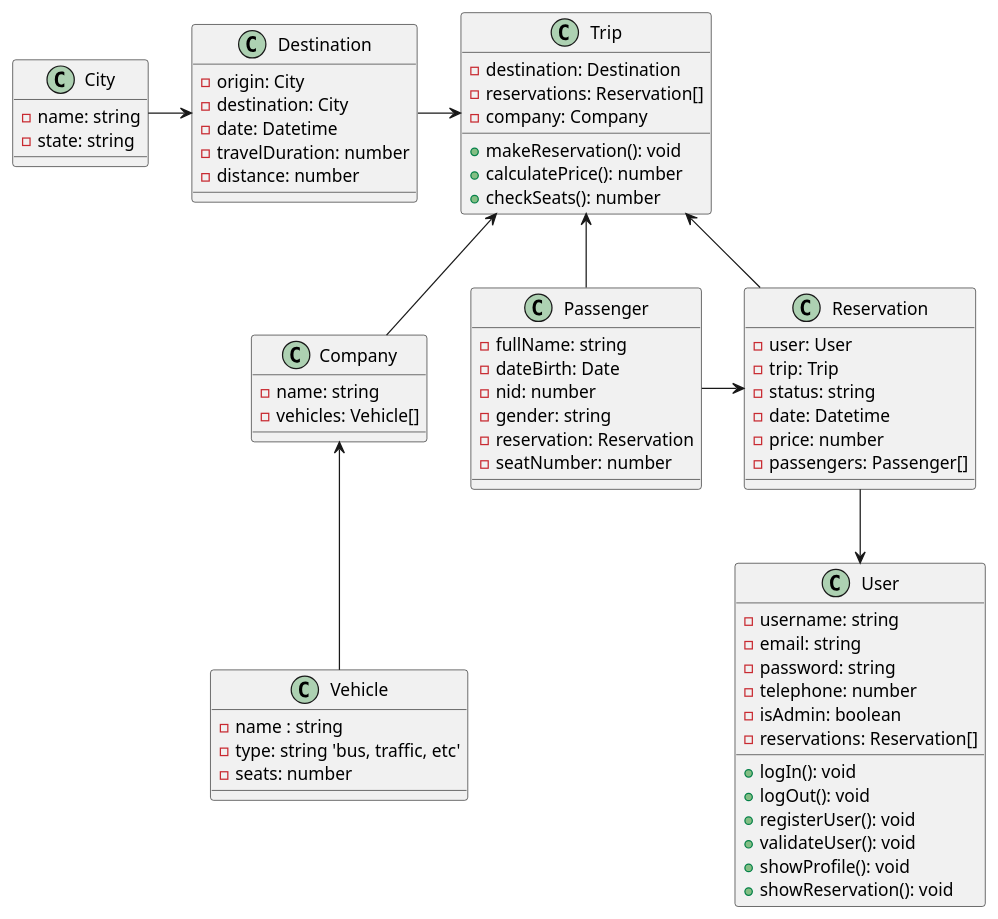
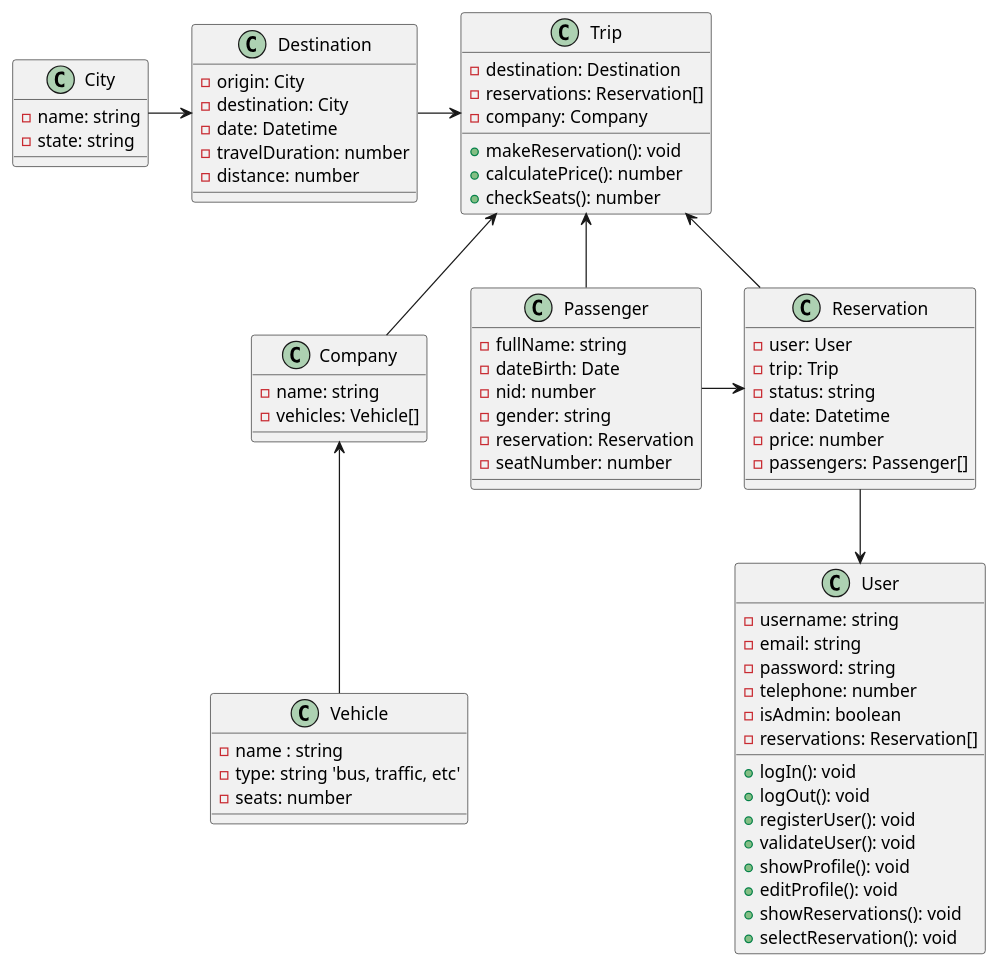
Before and after one commit to NKAmazing/PlatformUM: the diagram in Diagrams/platformUM-diagram.puml, drawn with PlantUML. The commit also changed 1 other file, not shown here.

```diff
--- a/Diagrams/platformUM-diagram.puml
+++ b/Diagrams/platformUM-diagram.puml
@@ -1,82 +1,84 @@
 @startuml PlatformUM
 
 ''' Aplication class diagram that provides travel services'''
 
 class User {
     - username: string
     - email: string
     - password: string
     - telephone: number
     - isAdmin: boolean
     - reservations: Reservation[]
     + logIn(): void
     + logOut(): void
     + registerUser(): void
     + validateUser(): void
     + showProfile(): void
-    + showReservation(): void
+    + editProfile(): void
+    + showReservations(): void
+    + selectReservation(): void
 }
 
 ' Add data of the vehicle
 class Vehicle {
     - name : string
     - type: string 'bus, traffic, etc'
     - seats: number
 }
 
 ' *Add data of the company
 class Company {
     - name: string
     - vehicles: Vehicle[]
 }
 
 class Destination {
     - origin: City
     - destination: City
     - date: Datetime
     - travelDuration: number
     - distance: number
 }
 
 class Trip {
     - destination: Destination
     - reservations: Reservation[]
     - company: Company
     + makeReservation(): void
     + calculatePrice(): number
     + checkSeats(): number
 }
 
 class Reservation {
     - user: User
     - trip: Trip
     - status: string
     - date: Datetime
     - price: number
     - passengers: Passenger[]
 }
 
 class City {
     - name: string
     - state: string
 }
 
 class Passenger {
     - fullName: string
     - dateBirth: Date
     - nid: number
     - gender: string
     - reservation: Reservation
     - seatNumber: number
 }
 
 City -r-> Destination
 Destination -r-> Trip
 Passenger --r--> Reservation
 Passenger -u-> Trip
 Reservation -d-> Trip
 Reservation -d-> User
 Vehicle -u-> Company
 Company -u-> Trip
  
 @enduml
```
